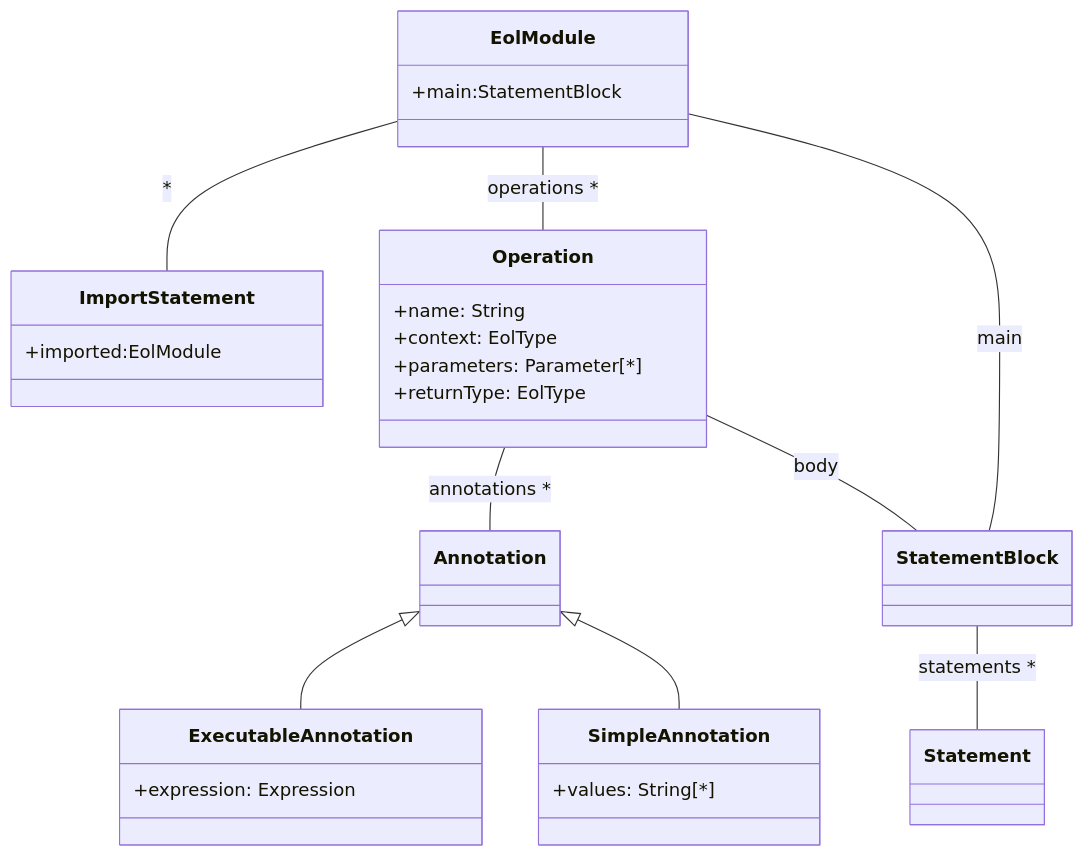
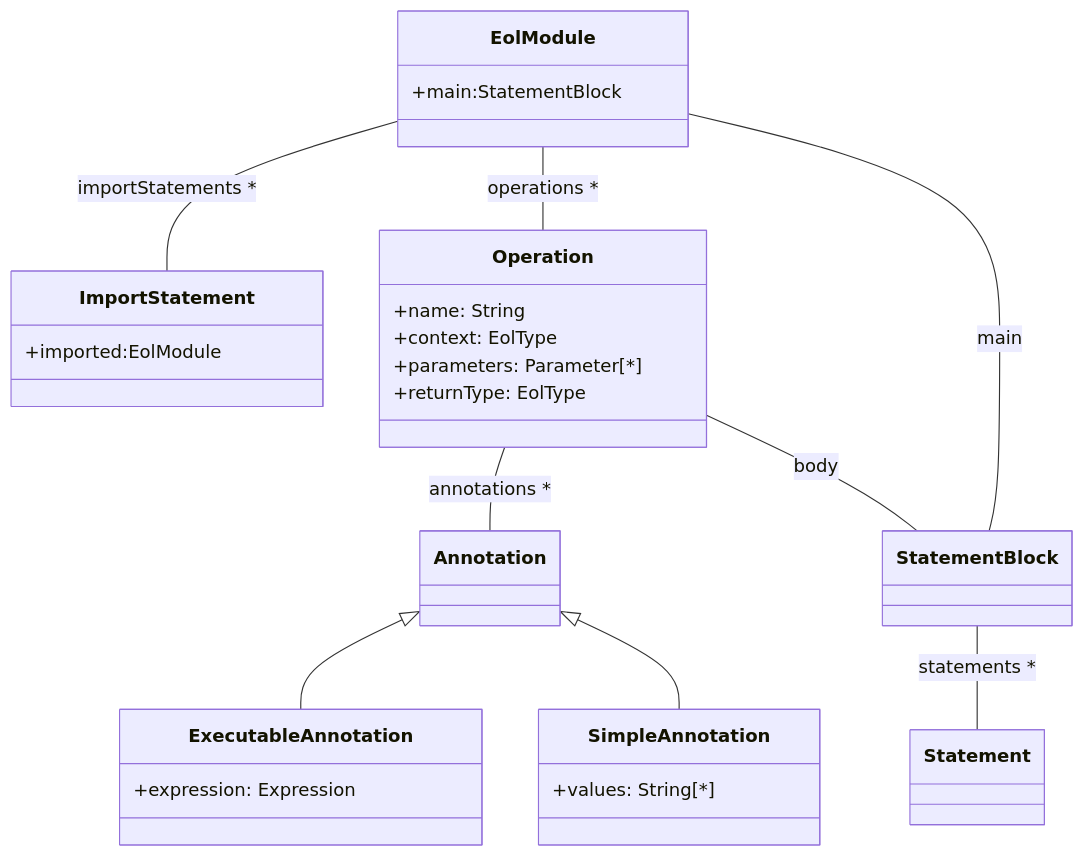
The first of 2 diagrams in mkdocs/docs/doc/eol.md (eclipse-epsilon/epsilon-website), drawn with Mermaid before and after one commit. The commit also changed other lines of this file and 40 other files, not shown here.

First line of the commit message:
Highlight.js, built-in Mermaid and dark theme (#51)

````diff
--- a/mkdocs/docs/doc/eol.md
+++ b/mkdocs/docs/doc/eol.md
@@ -29,29 +29,29 @@
 ```mermaid
 classDiagram
 class EolModule {
   +main:StatementBlock
 }
 class ImportStatement {
   +imported:EolModule
 }
 class Operation {
   +name: String
   +context: EolType
   +parameters: Parameter[*]
   +returnType: EolType
 }
 class ExecutableAnnotation {
 	+expression: Expression
 }
 class SimpleAnnotation {
 	+values: String[*]
 }
-EolModule -- ImportStatement: *
+EolModule -- ImportStatement: importStatements *
 EolModule -- Operation: operations *
 Operation -- Annotation: annotations *
 Operation -- StatementBlock: body
 EolModule -- StatementBlock: main
 StatementBlock -- Statement: statements *
 Annotation <|-- ExecutableAnnotation
 Annotation <|-- SimpleAnnotation
 ```
````
